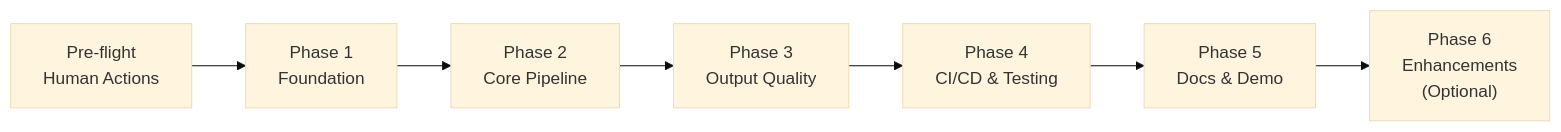
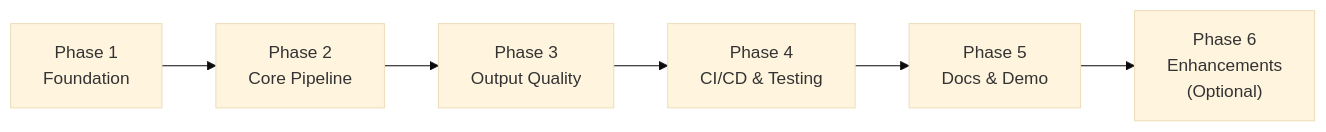
The diagram in .claude/plans/00-master-plan.md (praeducer/pai-take-home-exercise), drawn with Mermaid (base theme) before and after one commit. The commit also changed other lines of this file and 41 other files, not shown here.

````diff
--- a/.claude/plans/00-master-plan.md
+++ b/.claude/plans/00-master-plan.md
@@ -30,17 +27,8 @@
 ```mermaid
 flowchart LR
-  PRE["Pre-flight\nHuman Actions"]
-  P1["Phase 1\nFoundation"]
-  P2["Phase 2\nCore Pipeline"]
-  P3["Phase 3\nOutput Quality"]
-  P4["Phase 4\nCI/CD & Testing"]
-  P5["Phase 5\nDocs & Demo"]
-  P6["Phase 6\nEnhancements\n(Optional)"]
-
-  PRE --> P1
-  P1 --> P2
-  P2 --> P3
-  P3 --> P4
-  P4 --> P5
-  P5 --> P6
+  P1["Phase 1\nFoundation"] --> P2["Phase 2\nCore Pipeline"]
+  P2 --> P3["Phase 3\nOutput Quality"]
+  P3 --> P4["Phase 4\nCI/CD & Testing"]
+  P4 --> P5["Phase 5\nDocs & Demo"]
+  P5 --> P6["Phase 6\nEnhancements\n(Optional)"]
 ```
````
